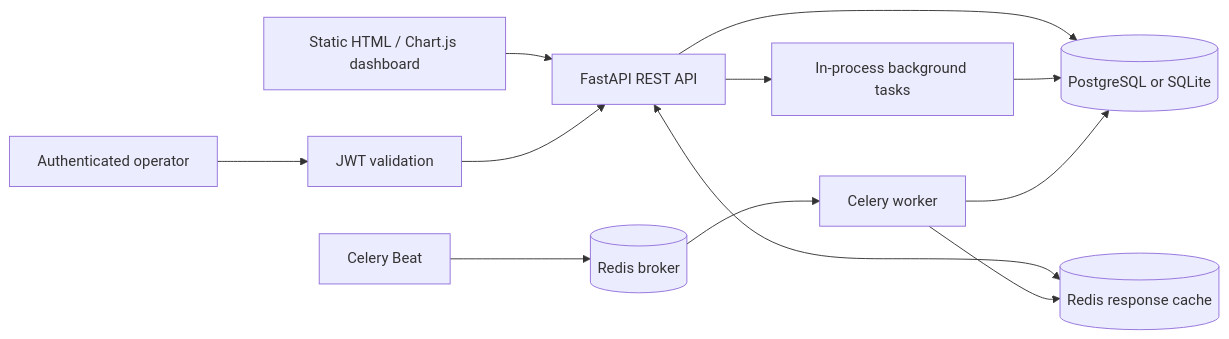
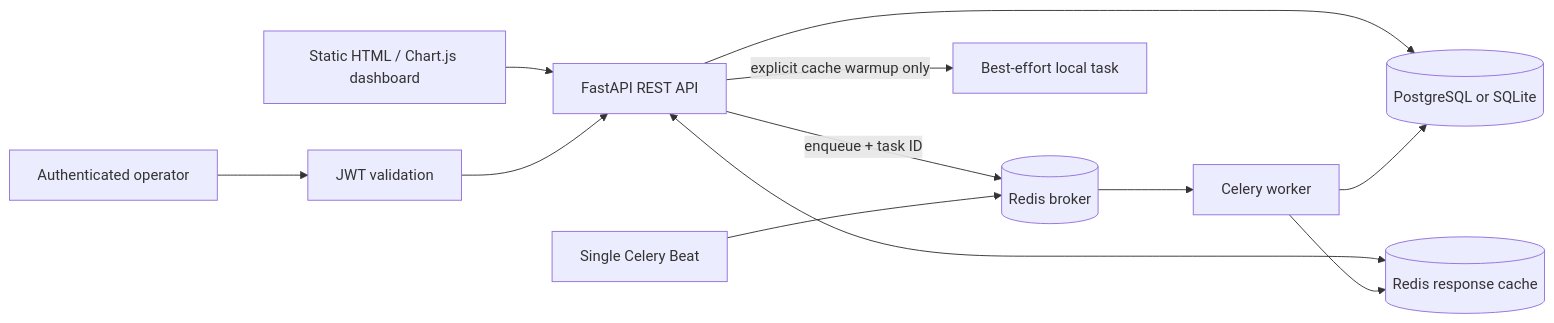
One commit to etclank/smartenergy-api changed the diagram in README.md. Above: the diagram before and after it, drawn with Mermaid. The commit also changed other lines of this file and 24 other files, not shown here.

````diff
--- a/README.md
+++ b/README.md
@@ -32,14 +32,14 @@
 ```mermaid
 flowchart LR
     Dashboard[Static HTML / Chart.js dashboard] --> API[FastAPI REST API]
     Client[Authenticated operator] --> JWT[JWT validation]
     JWT --> API
     API --> DB[(PostgreSQL or SQLite)]
     API <--> Cache[(Redis response cache)]
-    API --> Tasks[In-process background tasks]
-    Tasks --> DB
-    Beat[Celery Beat] --> Broker[(Redis broker)]
+    API -->|enqueue + task ID| Broker[(Redis broker)]
+    API -->|explicit cache warmup only| Local[Best-effort local task]
+    Beat[Single Celery Beat] --> Broker
     Broker --> Worker[Celery worker]
     Worker --> DB
     Worker --> Cache
 ```
````
